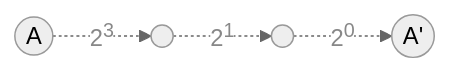
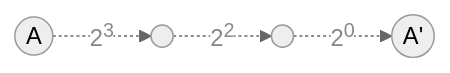
The third of 6 diagrams in _posts/2024-01-20-lca.md (CHOYUNSIG/algorithm_with_boj), drawn with Mermaid (neutral theme) before and after one commit. The commit also changed other lines of this file, not shown here.

Commit message:
포스트 업데이트

```diff
--- a/_posts/2024-01-20-lca.md
+++ b/_posts/2024-01-20-lca.md
@@ -92,12 +92,12 @@
 <pre class="mermaid">
     graph LR
 
     A -. <p style="color: #888">2<sup>3</sup></p> .-> node1
-    node1 -. <p style="color: #888">2<sup>1</sup></p> .-> node2
+    node1 -. <p style="color: #888">2<sup>2</sup></p> .-> node2
     node2 -. <p style="color: #888">2<sup>0</sup></p> .-> Ap
 
     A((A))
     Ap((A'))
     node1(( ))
     node2(( ))
 </pre>
```
